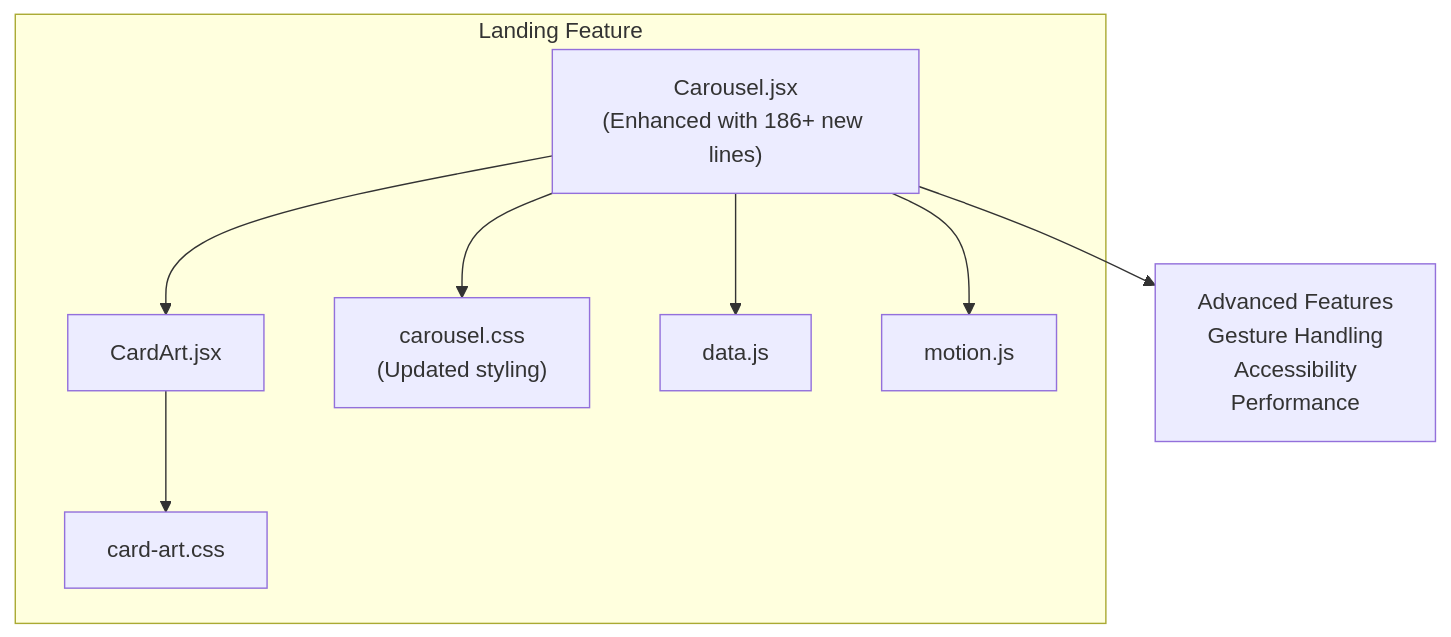
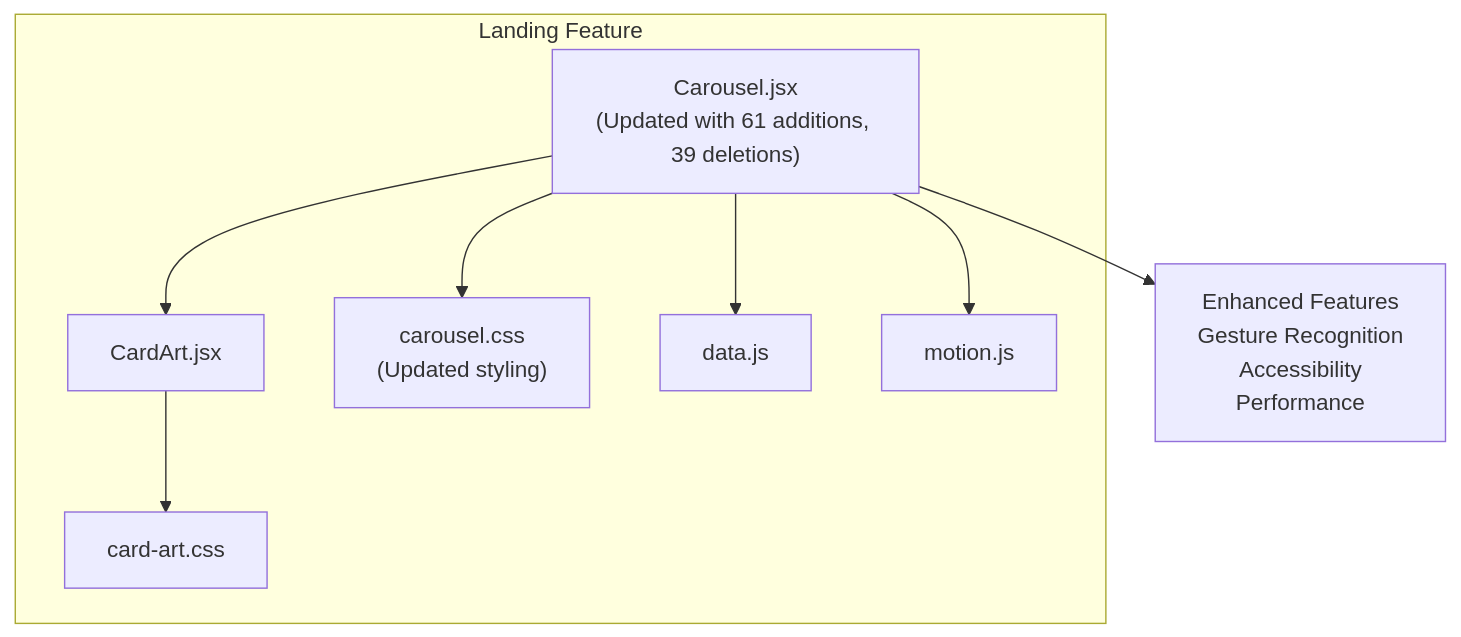
One commit to Theja4/podiummomentum changed the first of 3 diagrams in .qoder/repowiki/en/content/Component Architecture/Landing Page Components/Carousel Components.md. Above: the diagram before and after it, drawn with Mermaid. The commit also changed other lines of this file and 24 other files, not shown here.

````diff
--- a/.qoder/repowiki/en/content/Component Architecture/Landing Page Components/Carousel Components.md
+++ b/.qoder/repowiki/en/content/Component Architecture/Landing Page Components/Carousel Components.md
@@ -45,17 +44,17 @@
 ```mermaid
 graph TB
 subgraph "Landing Feature"
-CJSX["Carousel.jsx<br/>(Enhanced with 186+ new lines)"]
+CJSX["Carousel.jsx<br/>(Updated with 61 additions, 39 deletions)"]
 CAJSX["CardArt.jsx"]
 CCSS["carousel.css<br/>(Updated styling)"]
 CACSS["card-art.css"]
 DATA["data.js"]
 MOTION["motion.js"]
 end
 CJSX --> CCSS
 CJSX --> DATA
 CJSX --> MOTION
 CAJSX --> CACSS
 CJSX --> CAJSX
-CJSX --> ADVANCED["Advanced Features<br/>Gesture Handling<br/>Accessibility<br/>Performance"]
+CJSX --> ENHANCED["Enhanced Features<br/>Gesture Recognition<br/>Accessibility<br/>Performance"]
 ```
````
